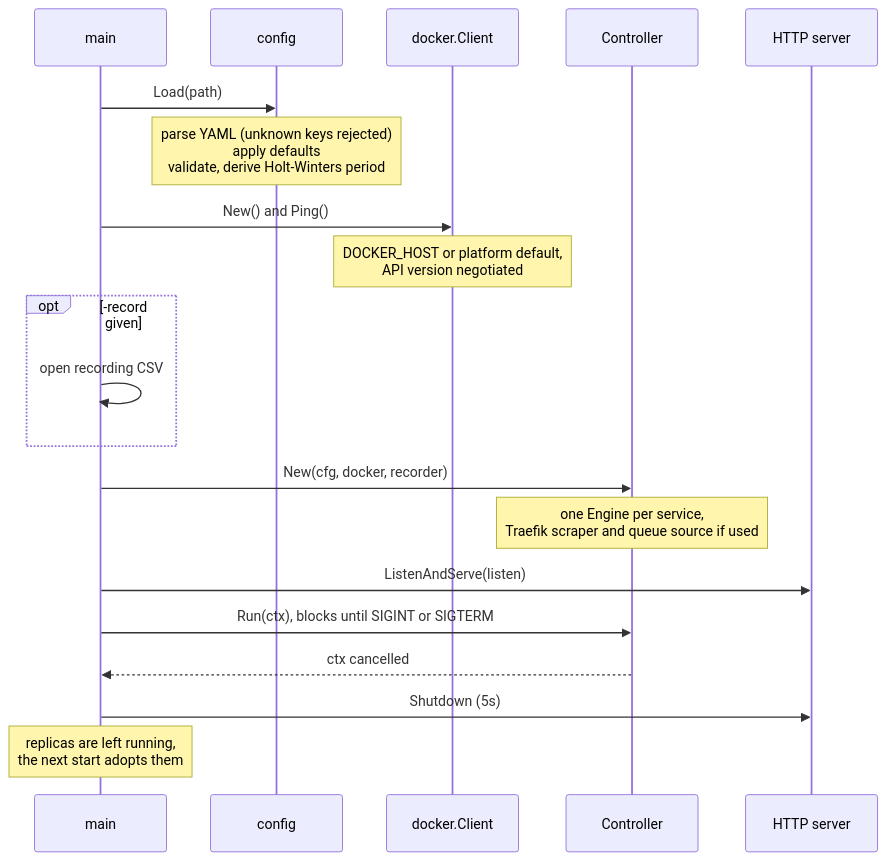
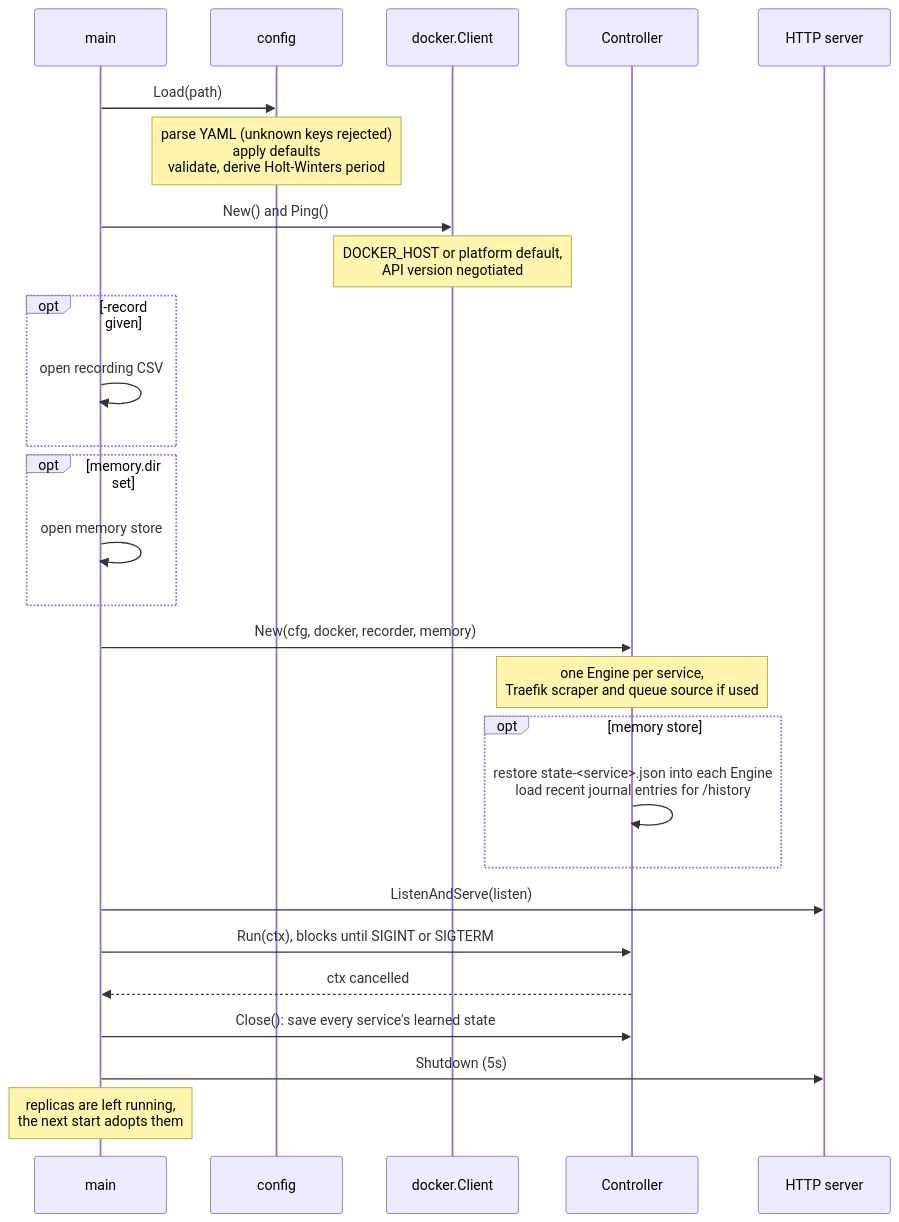
The first of 5 diagrams in docs/control-loop.md (nadermedhet148/auto-scale), drawn with Mermaid before and after one commit. The commit also changed other lines of this file and 50 other files, not shown here.

````diff
--- a/docs/control-loop.md
+++ b/docs/control-loop.md
@@ -8,23 +8,30 @@
 ```mermaid
 sequenceDiagram
     participant main
     participant config
     participant docker as docker.Client
     participant ctl as Controller
     participant http as HTTP server
 
     main->>config: Load(path)
     Note over config: parse YAML (unknown keys rejected)<br/>apply defaults<br/>validate, derive Holt-Winters period
     main->>docker: New() and Ping()
     Note over docker: DOCKER_HOST or platform default,<br/>API version negotiated
     opt -record given
         main->>main: open recording CSV
     end
-    main->>ctl: New(cfg, docker, recorder)
+    opt memory.dir set
+        main->>main: open memory store
+    end
+    main->>ctl: New(cfg, docker, recorder, memory)
     Note over ctl: one Engine per service,<br/>Traefik scraper and queue source if used
+    opt memory store
+        ctl->>ctl: restore state-<service>.json into each Engine<br/>load recent journal entries for /history
+    end
     main->>http: ListenAndServe(listen)
     main->>ctl: Run(ctx), blocks until SIGINT or SIGTERM
     ctl-->>main: ctx cancelled
+    main->>ctl: Close(): save every service's learned state
     main->>http: Shutdown (5s)
     Note over main: replicas are left running,<br/>the next start adopts them
 ```
````
